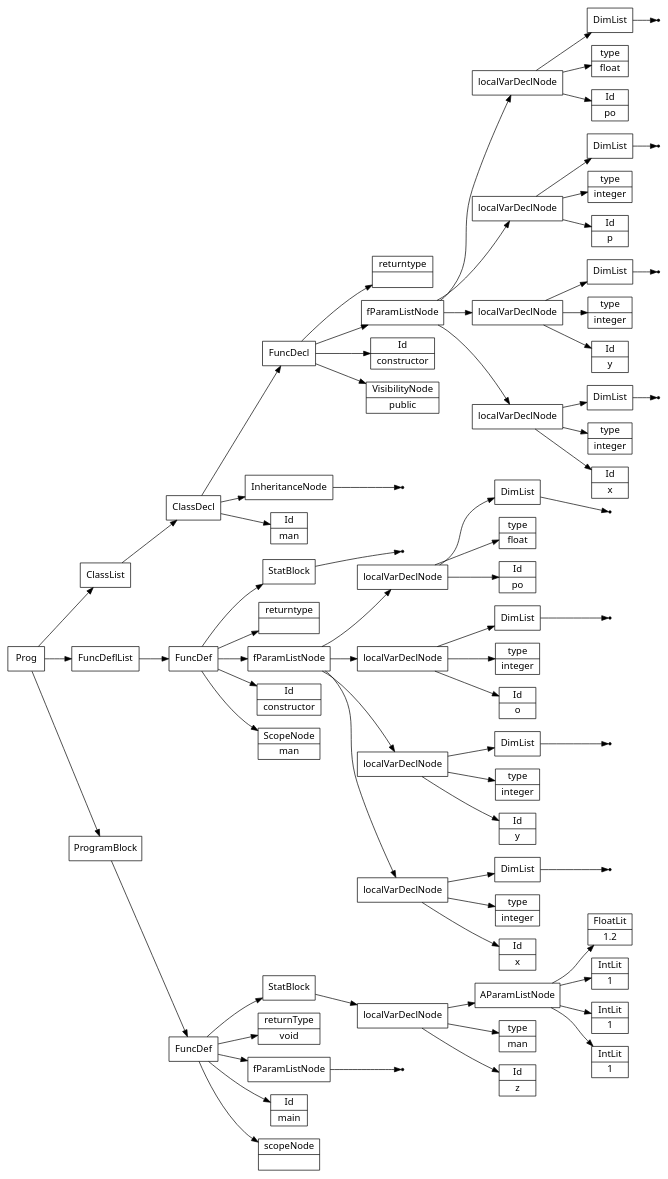
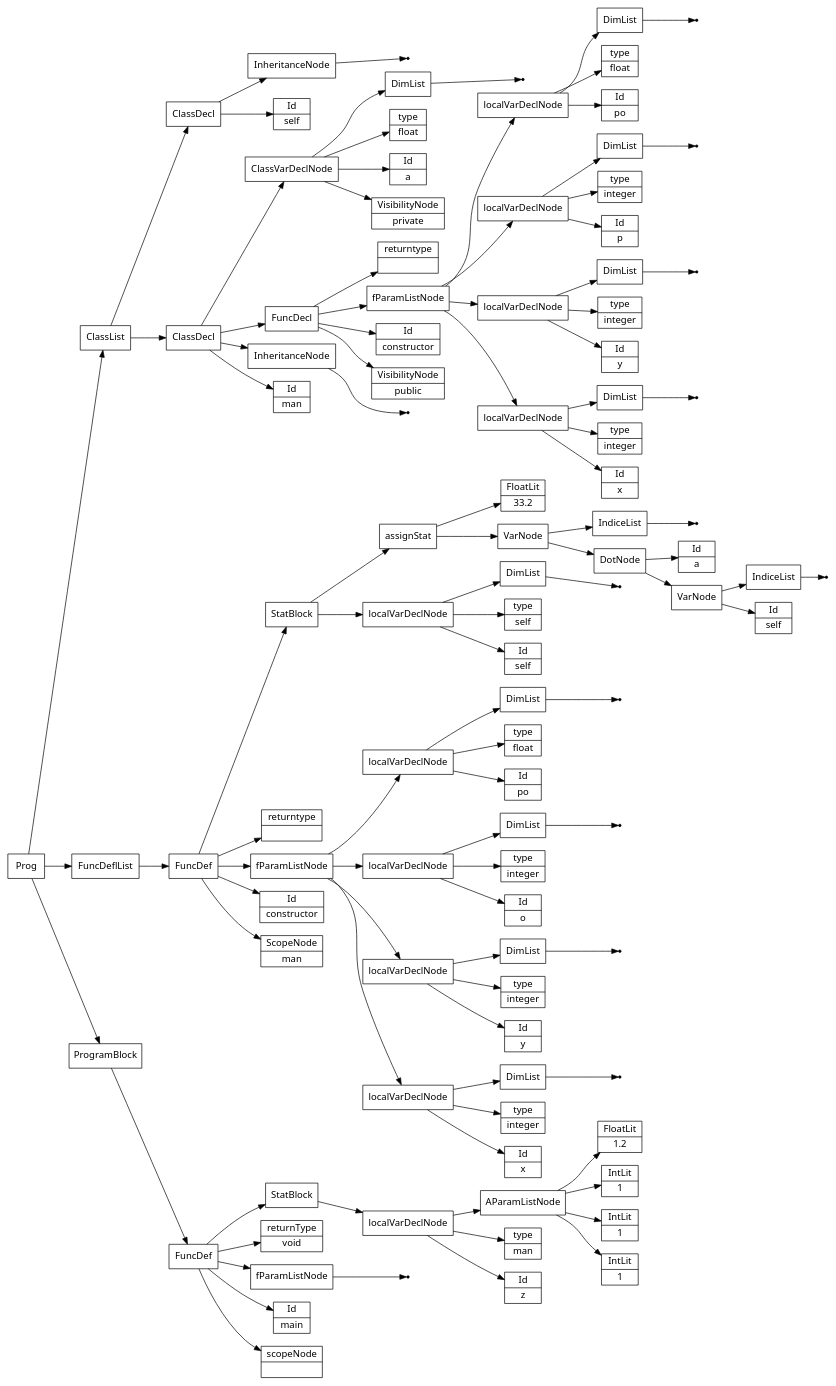
The diagram in files/mine.src.ast.dot (Saf1u/Kompiler), drawn with Graphviz before and after one commit. The commit also changed 3 other files, not shown here.

```diff
--- a/files/mine.src.ast.dot
+++ b/files/mine.src.ast.dot
@@ -83,71 +83,121 @@
 51->49;
 51->23;
 51->22;
-52[label="ClassDecl"];
-52->51;
-52->21;
-52->18;
-54[label="Id|constructor"];
-56[label="Id|x"];
-57[label="type|integer"];
-none59[shape="point"];
-60[label="DimList"];
-60->none59;
-61[label="localVarDeclNode"];
-61->60;
-61->57;
-61->56;
-62[label="Id|y"];
-63[label="type|integer"];
-none65[shape="point"];
-66[label="DimList"];
-66->none65;
-67[label="localVarDeclNode"];
-67->66;
-67->63;
-67->62;
-68[label="Id|o"];
-69[label="type|integer"];
-none71[shape="point"];
-72[label="DimList"];
-72->none71;
-73[label="localVarDeclNode"];
-73->72;
-73->69;
-73->68;
-74[label="Id|po"];
-75[label="type|float"];
-none77[shape="point"];
-78[label="DimList"];
-78->none77;
-79[label="localVarDeclNode"];
-79->78;
-79->75;
-79->74;
-80[label="fParamListNode"];
+52[label="VisibilityNode|private"];
+53[label="Id|a"];
+54[label="type|float"];
+none56[shape="point"];
+57[label="DimList"];
+57->none56;
+58[label="ClassVarDeclNode"];
+58->57;
+58->54;
+58->53;
+58->52;
+59[label="ClassDecl"];
+59->58;
+59->51;
+59->21;
+59->18;
+61[label="Id|constructor"];
+63[label="Id|x"];
+64[label="type|integer"];
+none66[shape="point"];
+67[label="DimList"];
+67->none66;
+68[label="localVarDeclNode"];
+68->67;
+68->64;
+68->63;
+69[label="Id|y"];
+70[label="type|integer"];
+none72[shape="point"];
+73[label="DimList"];
+73->none72;
+74[label="localVarDeclNode"];
+74->73;
+74->70;
+74->69;
+75[label="Id|o"];
+76[label="type|integer"];
+none78[shape="point"];
+79[label="DimList"];
+79->none78;
+80[label="localVarDeclNode"];
 80->79;
-80->73;
-80->67;
-80->61;
-81[label="returntype| "];
-none83[shape="point"];
-84[label="StatBlock"];
-84->none83;
-85[label="FuncDef"];
-53[label="ScopeNode|man"];
-85->84;
-85->81;
-85->80;
-85->54;
-85->53;
-86[label="ClassList"];
-87[label="FuncDeflList"];
-88[label="Prog"];
-89[label="ProgramBlock"];
-87->85;
-86->52;
-89->17;
-88->86;
-88->87;
-88->89;
+80->76;
+80->75;
+81[label="Id|po"];
+82[label="type|float"];
+none84[shape="point"];
+85[label="DimList"];
+85->none84;
+86[label="localVarDeclNode"];
+86->85;
+86->82;
+86->81;
+87[label="fParamListNode"];
+87->86;
+87->80;
+87->74;
+87->68;
+88[label="returntype| "];
+90[label="Id|self"];
+91[label="type|self"];
+none93[shape="point"];
+94[label="DimList"];
+94->none93;
+95[label="localVarDeclNode"];
+95->94;
+95->91;
+95->90;
+96[label="Id|self"];
+none98[shape="point"];
+99[label="IndiceList"];
+99->none98;
+100[label="VarNode"];
+100->99;
+100->96;
+101[label="Id|a"];
+102[label="DotNode"];
+102->101;
+102->100;
+none104[shape="point"];
+105[label="IndiceList"];
+105->none104;
+106[label="VarNode"];
+106->105;
+106->102;
+107[label="FloatLit|33.2"];
+108[label="assignStat"];
+108->107;
+108->106;
+109[label="StatBlock"];
+109->108;
+109->95;
+110[label="FuncDef"];
+60[label="ScopeNode|man"];
+110->109;
+110->88;
+110->87;
+110->61;
+110->60;
+111[label="Id|self"];
+none113[shape="point"];
+114[label="InheritanceNode"];
+114->none113;
+115[label="ClassDecl"];
+115->114;
+115->111;
+116[label="ClassList"];
+117[label="FuncDeflList"];
+118[label="Prog"];
+119[label="ProgramBlock"];
+116->115;
+117->110;
+116->59;
+119->17;
+118->116;
+118->117;
+118->119;
 }
```
